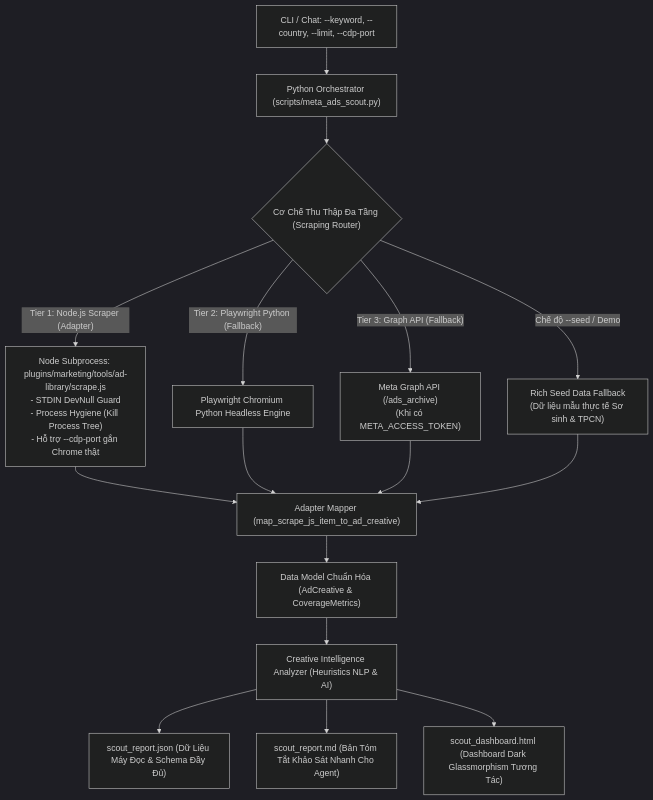
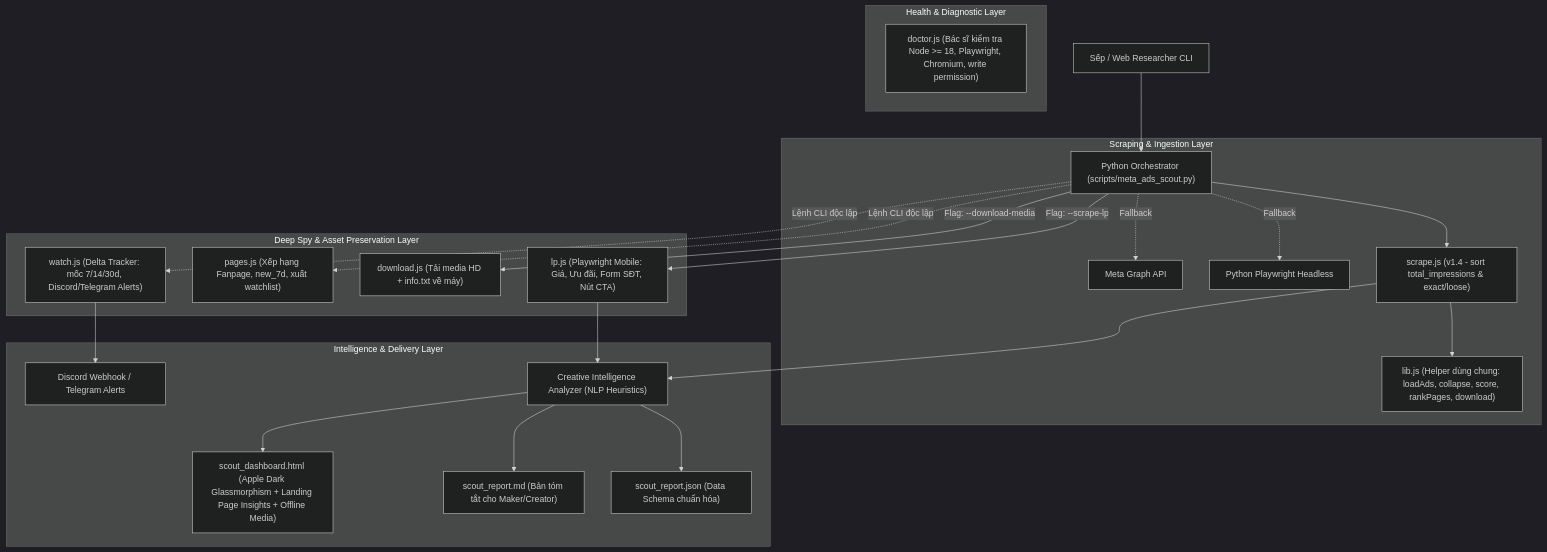
One commit to sumita-dev/Antigravity-Harness-HuB changed the diagram in plugins/marketing/skills/meta-ad-scout/SKILL.md. Above: the diagram before and after it, drawn with Mermaid (dark theme). The commit also changed other lines of this file and 12 other files, not shown here.

Commit message:
feat(meta-ad-scout): expand ad-library CLI tools and update scout skill

````diff
--- a/plugins/marketing/skills/meta-ad-scout/SKILL.md
+++ b/plugins/marketing/skills/meta-ad-scout/SKILL.md
@@ -16,21 +16,31 @@
 ```mermaid
 graph TD
-    A["CLI / Chat: --keyword, --country, --limit, --cdp-port"] --> B["Python Orchestrator (scripts/meta_ads_scout.py)"]
-    B --> C{"Cơ Chế Thu Thập Đa Tầng (Scraping Router)"}
+    User["Sếp / Web Researcher CLI"] --> Orchestrator["Python Orchestrator (scripts/meta_ads_scout.py)"]
     
-    C -->|"Tier 1: Node.js Scraper (Adapter)"| D1["Node Subprocess: plugins/marketing/tools/ad-library/scrape.js<br/>- STDIN DevNull Guard<br/>- Process Hygiene (Kill Process Tree)<br/>- Hỗ trợ --cdp-port gắn Chrome thật"]
-    C -->|"Tier 2: Playwright Python (Fallback)"| D2["Playwright Chromium Python Headless Engine"]
-    C -->|"Tier 3: Graph API (Fallback)"| D3["Meta Graph API (/ads_archive)<br/>(Khi có META_ACCESS_TOKEN)"]
-    C -->|"Chế độ --seed / Demo"| D4["Rich Seed Data Fallback<br/>(Dữ liệu mẫu thực tế Sơ sinh & TPCN)"]
-    
-    D1 --> E["Adapter Mapper (map_scrape_js_item_to_ad_creative)"]
-    D2 --> E
-    D3 --> E
-    D4 --> E
-    
-    E --> F["Data Model Chuẩn Hóa (AdCreative & CoverageMetrics)"]
-    F --> G["Creative Intelligence Analyzer (Heuristics NLP & AI)"]
-    G --> H1["scout_report.json (Dữ Liệu Máy Đọc & Schema Đầy Đủ)"]
-    G --> H2["scout_report.md (Bản Tóm Tắt Khảo Sát Nhanh Cho Agent)"]
-    G --> H3["scout_dashboard.html (Dashboard Dark Glassmorphism Tương Tác)"]
+    subgraph "Scraping & Ingestion Layer"
+        Orchestrator --> ScrapeJS["scrape.js (v1.4 - sort total_impressions & exact/loose)"]
+        ScrapeJS --> LibJS["lib.js (Helper dùng chung: loadAds, collapse, score, rankPages, download)"]
+        Orchestrator -.->|"Fallback"| PyPlaywright["Python Playwright Headless"]
+        Orchestrator -.->|"Fallback"| GraphAPI["Meta Graph API"]
+    end
+
+    subgraph "Deep Spy & Asset Preservation Layer"
+        Orchestrator -->|"Flag: --scrape-lp"| LPJS["lp.js (Playwright Mobile: Giá, Ưu đãi, Form SĐT, Nút CTA)"]
+        Orchestrator -->|"Flag: --download-media"| DLJS["download.js (Tải media HD + info.txt về máy)"]
+        Orchestrator -.->|"Lệnh CLI độc lập"| PagesJS["pages.js (Xếp hạng Fanpage, new_7d, xuất watchlist)"]
+        Orchestrator -.->|"Lệnh CLI độc lập"| WatchJS["watch.js (Delta Tracker: mốc 7/14/30d, Discord/Telegram Alerts)"]
+    end
+
+    subgraph "Health & Diagnostic Layer"
+        DoctorJS["doctor.js (Bác sĩ kiểm tra Node >= 18, Playwright, Chromium, write permission)"]
+    end
+
+    subgraph "Intelligence & Delivery Layer"
+        LPJS --> Analyzer["Creative Intelligence Analyzer (NLP Heuristics)"]
+        ScrapeJS --> Analyzer
+        Analyzer --> JSONRep["scout_report.json (Data Schema chuẩn hóa)"]
+        Analyzer --> MDRep["scout_report.md (Bản tóm tắt cho Maker/Creator)"]
+        Analyzer --> HTMLDash["scout_dashboard.html (Apple Dark Glassmorphism + Landing Page Insights + Offline Media)"]
+        WatchJS --> Alerts["Discord Webhook / Telegram Alerts"]
+    end
 ```
````
